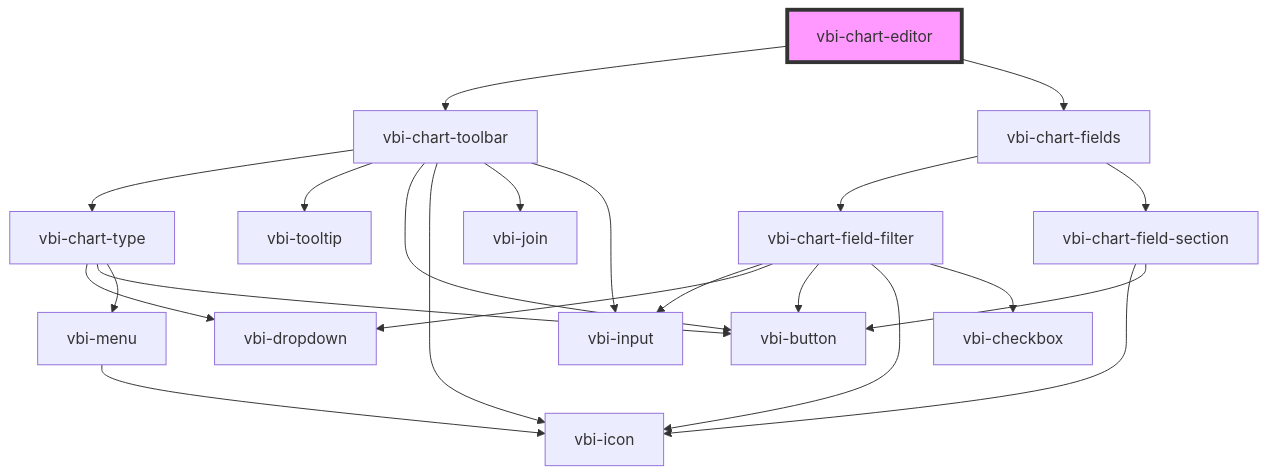
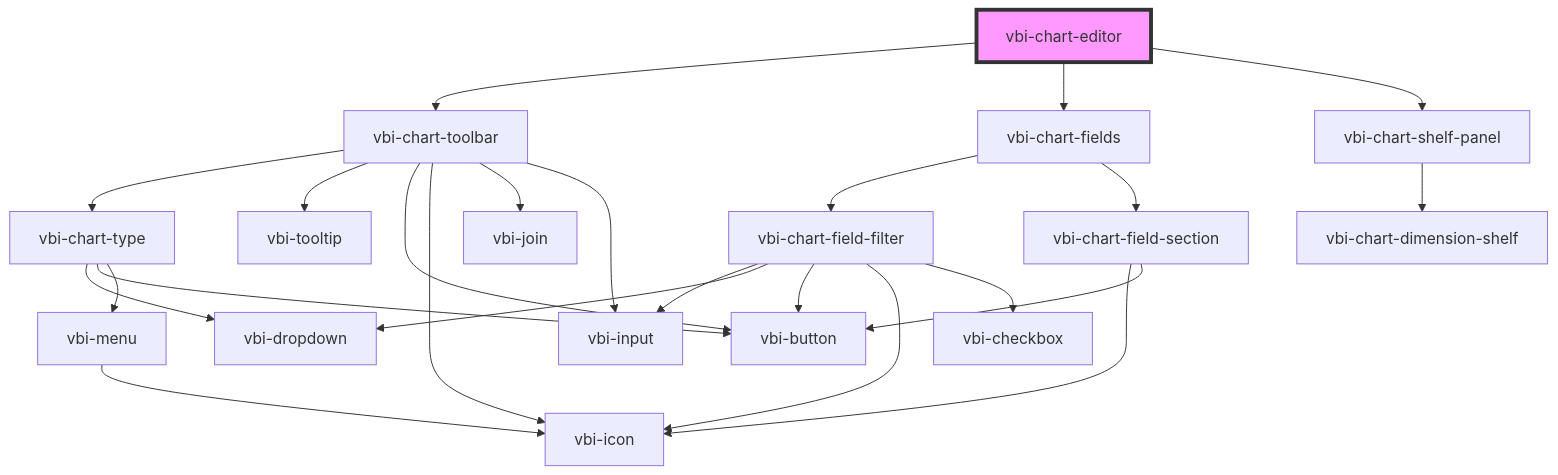
The diagram in packages/vbi-component/src/components/chart/vbi-chart-editor/readme.md (Ditto190/VBI-modme), drawn with Mermaid before and after one commit. The commit also changed other lines of this file and 11 other files, not shown here.

Commit message:
feat(chart-editor): implement shelf panel and dimension shelf

````diff
--- a/packages/vbi-component/src/components/chart/vbi-chart-editor/readme.md
+++ b/packages/vbi-component/src/components/chart/vbi-chart-editor/readme.md
@@ -16,25 +17,27 @@
 ```mermaid
 graph TD;
   vbi-chart-editor --> vbi-chart-toolbar
   vbi-chart-editor --> vbi-chart-fields
+  vbi-chart-editor --> vbi-chart-shelf-panel
   vbi-chart-toolbar --> vbi-chart-type
   vbi-chart-toolbar --> vbi-tooltip
   vbi-chart-toolbar --> vbi-button
   vbi-chart-toolbar --> vbi-icon
   vbi-chart-toolbar --> vbi-join
   vbi-chart-toolbar --> vbi-input
   vbi-chart-type --> vbi-dropdown
   vbi-chart-type --> vbi-button
   vbi-chart-type --> vbi-menu
   vbi-menu --> vbi-icon
   vbi-chart-fields --> vbi-chart-field-filter
   vbi-chart-fields --> vbi-chart-field-section
   vbi-chart-field-filter --> vbi-input
   vbi-chart-field-filter --> vbi-dropdown
   vbi-chart-field-filter --> vbi-button
   vbi-chart-field-filter --> vbi-icon
   vbi-chart-field-filter --> vbi-checkbox
   vbi-chart-field-section --> vbi-icon
   vbi-chart-field-section --> vbi-button
+  vbi-chart-shelf-panel --> vbi-chart-dimension-shelf
   style vbi-chart-editor fill:#f9f,stroke:#333,stroke-width:4px
 ```
````
